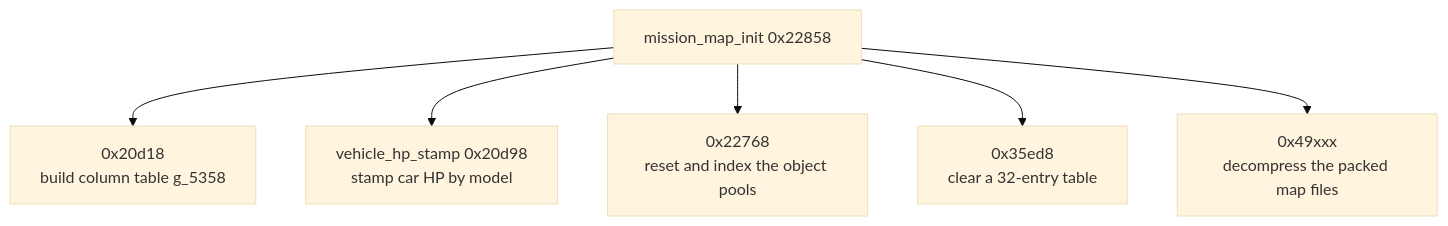
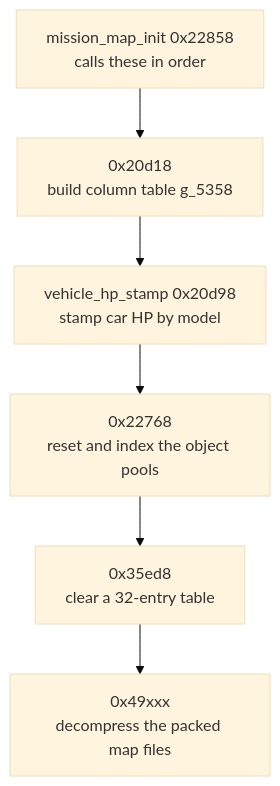
The second of 4 diagrams in docs/game-systems.md (WildPress/vibesynd), drawn with Mermaid (base theme) before and after one commit. The commit also changed other lines of this file, not shown here.

Commit message:
docs: make game-systems diagrams flow vertically (TD) for mobile, not horizontal

````diff
--- a/docs/game-systems.md
+++ b/docs/game-systems.md
@@ -127,8 +125,8 @@
 ```mermaid
 flowchart TD
-    M["mission_map_init 0x22858"] --> C1["0x20d18<br/>build column table g_5358"]
-    M --> C2["vehicle_hp_stamp 0x20d98<br/>stamp car HP by model"]
-    M --> C3["0x22768<br/>reset and index the object pools"]
-    M --> C4["0x35ed8<br/>clear a 32-entry table"]
-    M --> C5["0x49xxx<br/>decompress the packed map files"]
+    M["mission_map_init 0x22858<br/>calls these in order"] --> C1["0x20d18<br/>build column table g_5358"]
+    C1 --> C2["vehicle_hp_stamp 0x20d98<br/>stamp car HP by model"]
+    C2 --> C3["0x22768<br/>reset and index the object pools"]
+    C3 --> C4["0x35ed8<br/>clear a 32-entry table"]
+    C4 --> C5["0x49xxx<br/>decompress the packed map files"]
 ```
````
